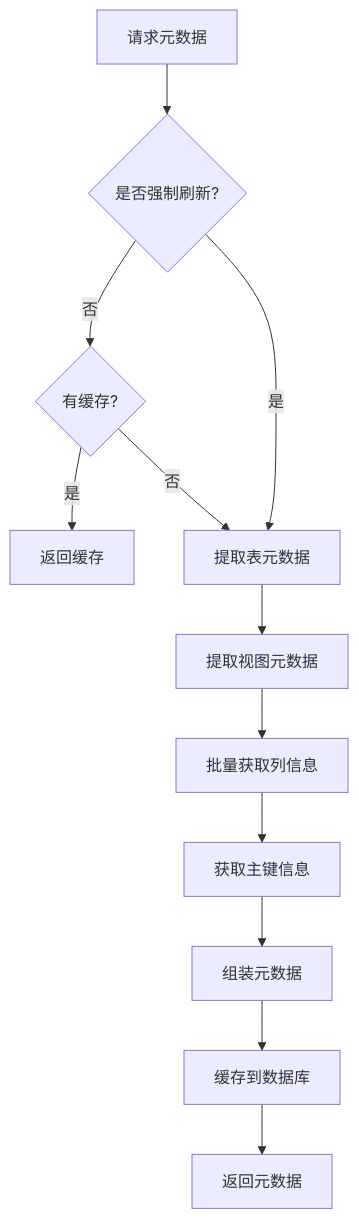
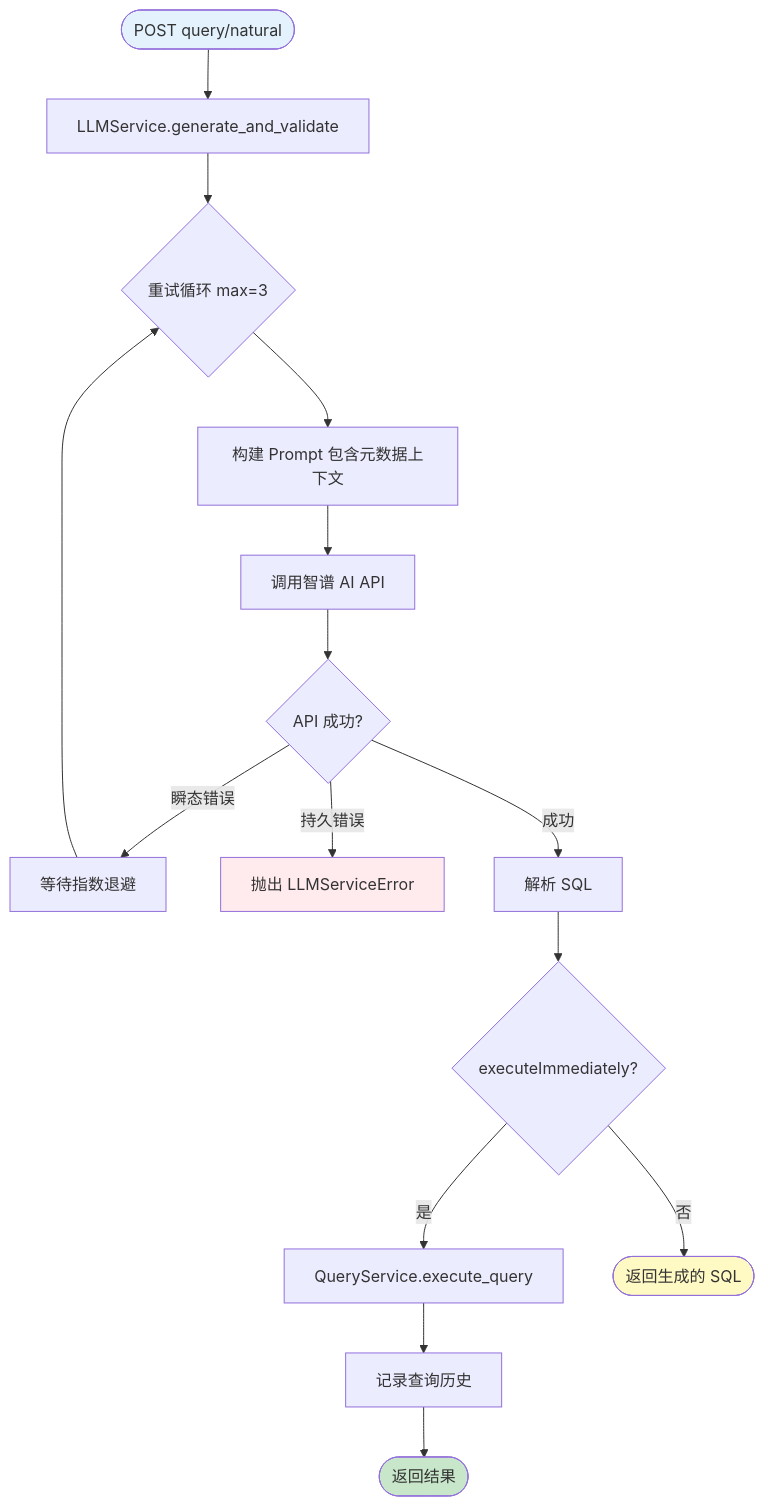
Before and after one commit to kangapp/AI: the ninth of 13 diagrams in project/db_query/README.md, drawn with Mermaid. The commit also changed other lines of this file and 1 other file, not shown here.

````diff
--- a/project/db_query/README.md
+++ b/project/db_query/README.md
@@ -1163,15 +566,27 @@
 ```mermaid
-graph TD
-    A[请求元数据] --> B{是否强制刷新?}
-    B -->|否| C{有缓存?}
-    C -->|是| D[返回缓存]
-    C -->|否| E[提取表元数据]
-    B -->|是| E
+flowchart TD
+    Start([POST query/natural]) --> Gen[LLMService.generate_and_validate]
+    Gen --> Retry{重试循环 max=3}
 
-    E --> F[提取视图元数据]
-    F --> G[批量获取列信息]
-    G --> H[获取主键信息]
-    H --> I[组装元数据]
-    I --> J[缓存到数据库]
-    J --> K[返回元数据]
+    Retry --> Build[构建 Prompt 包含元数据上下文]
+    Build --> Call[调用智谱 AI API]
+    Call --> Check{API 成功?}
+
+    Check -->|瞬态错误| Wait[等待指数退避]
+    Wait --> Retry
+
+    Check -->|持久错误| Throw[抛出 LLMServiceError]
+    Check -->|成功| Parse[解析 SQL]
+
+    Parse --> ExecImm{executeImmediately?}
+    ExecImm -->|是| Exec[QueryService.execute_query]
+    ExecImm -->|否| ReturnSQL([返回生成的 SQL])
+
+    Exec --> Log[记录查询历史]
+    Log --> ReturnResult([返回结果])
+
+    style Start fill:#e3f2fd
+    style Throw fill:#ffebee
+    style ReturnSQL fill:#fff9c4
+    style ReturnResult fill:#c8e6c9
 ```
````
